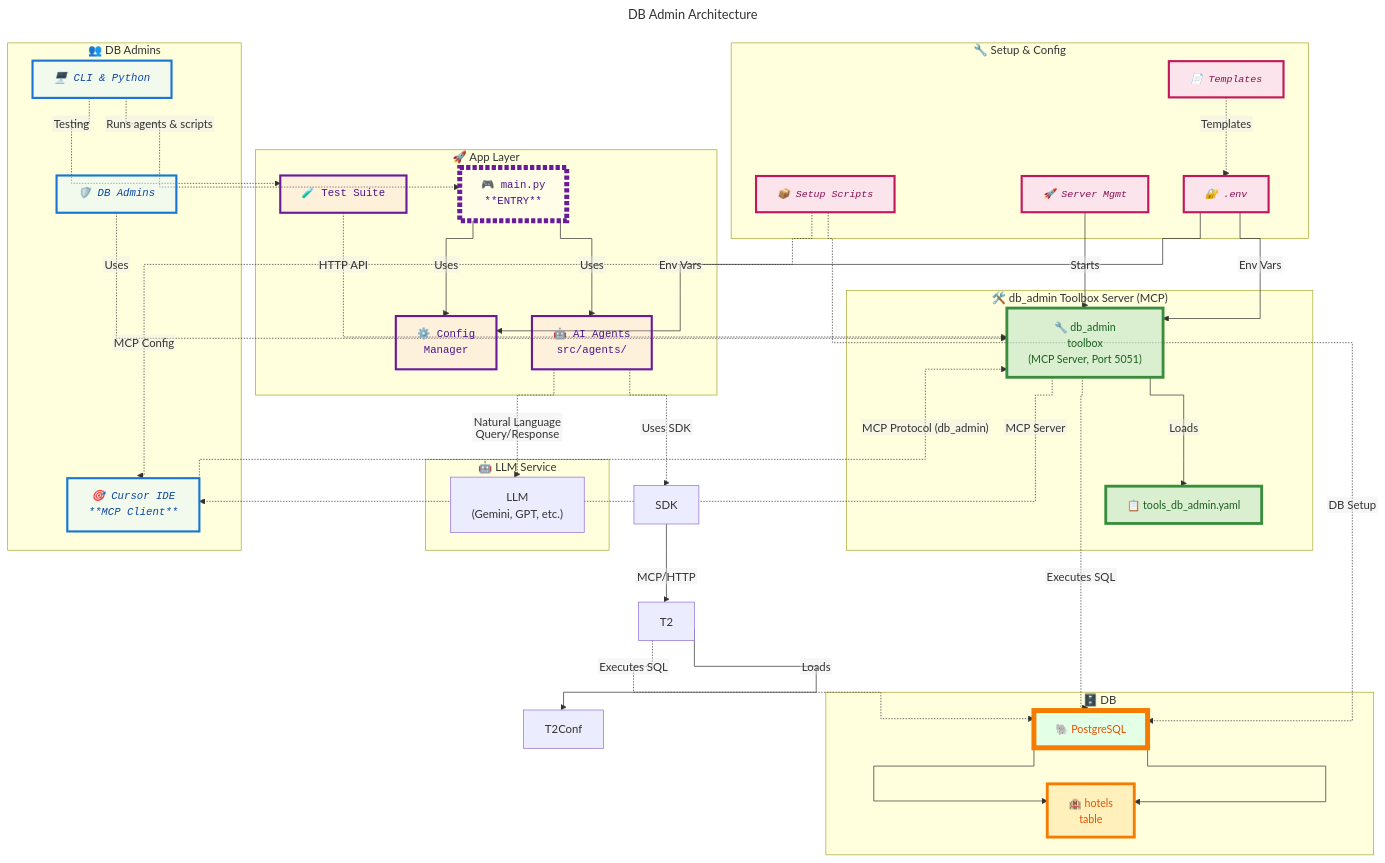
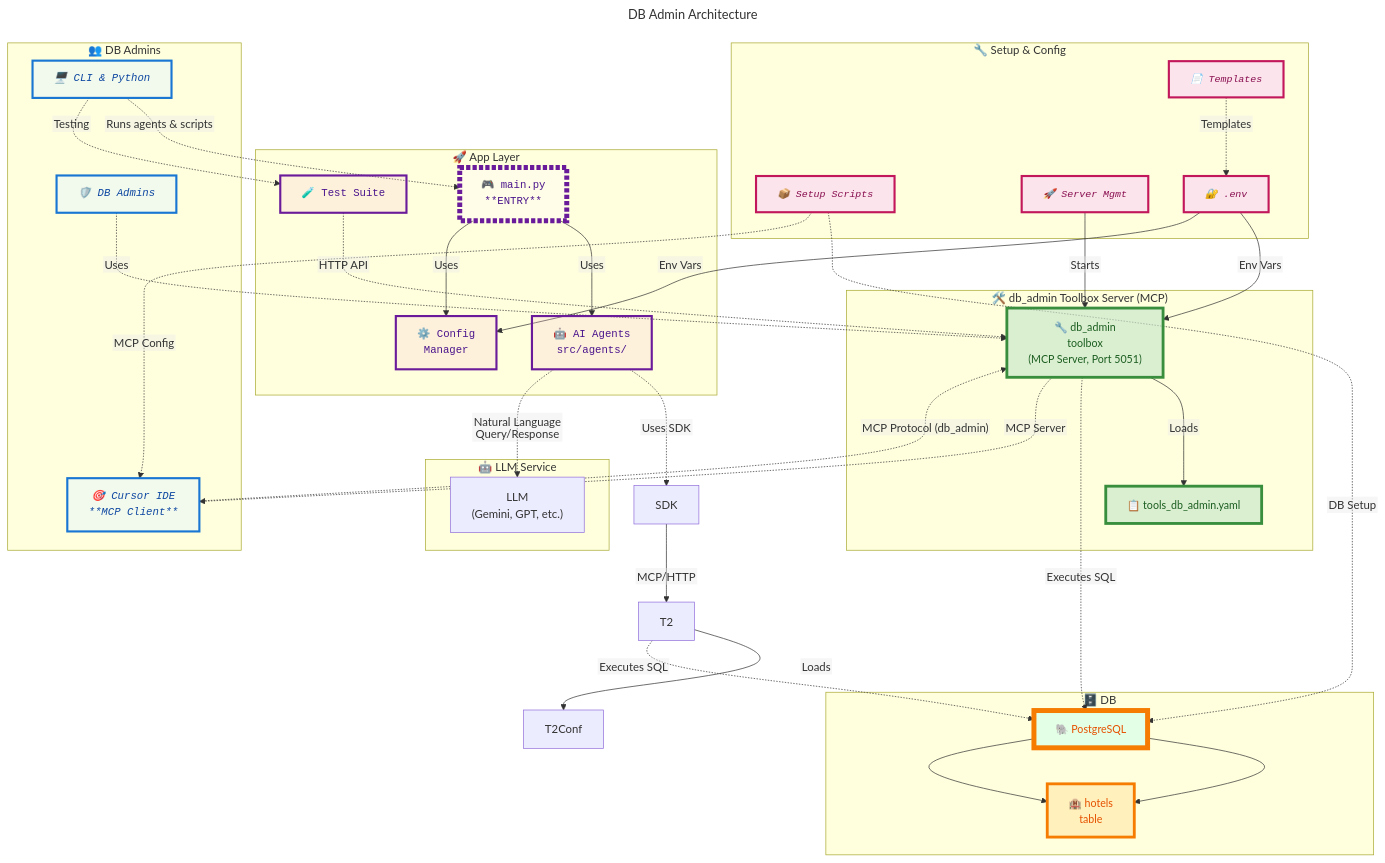
Before and after one commit to apexoryai/toolbox: the first of 3 diagrams in docs/architecture.md, drawn with Mermaid. The commit also changed other lines of this file and 6 other files, not shown here.

````diff
--- a/docs/architecture.md
+++ b/docs/architecture.md
@@ -7,75 +7,75 @@
 ```mermaid
 ---
 title: DB Admin Architecture
 config:
   layout: dagre
   flowchart:
     handDrawn: true
-    curve: stepBefore
+    curve: basis
     htmlLabels: false
 ---
 flowchart TD
   subgraph "👥 DB Admins"
     DBA["🛡️ DB Admins"]
     U2["🎯 Cursor IDE<br/>**MCP Client**"]
     U1["🖥️ CLI & Python"]
   end
   subgraph "🚀 App Layer"
     A1["🎮 main.py<br/>**ENTRY**"]
     A2["🤖 AI Agents<br/>src/agents/"]
     A3["⚙️ Config<br/>Manager"]
     A4["🧪 Test Suite"]
   end
   subgraph "🤖 LLM Service"
     LLM["LLM<br/>(Gemini, GPT, etc.)"]
   end
   subgraph "🛠️ db_admin Toolbox Server (MCP)"
     T1["🔧 db_admin<br/>toolbox<br/>(MCP Server, Port 5051)"]
     T1Conf["📋 tools_db_admin.yaml"]
   end
   subgraph "🗄️ DB"
     DB["🐘 PostgreSQL"]
     TableHotels["🏨 hotels<br/>table"]
   end
   subgraph "🔧 Setup & Config"
     S1["📦 Setup Scripts"]
     S2["🚀 Server Mgmt"]
     S3["🔐 .env"]
     S4["📄 Templates"]
   end
   DBA -.->|"Uses"| T1
   U2 -.->|"MCP Protocol (db_admin)"| T1
   U1 -.->|"Runs agents & scripts"| A1
   U1 -.->|"Testing"| A4
   A1 -->|"Uses"| A2
   A1 -->|"Uses"| A3
   A2 -.->|"Uses SDK"| SDK
   A4 -.->|"HTTP API"| T1
   T1 -->|"Loads"| T1Conf
   T1 -.->|"Executes SQL"| DB
   DB --> TableHotels
   S1 -.->|"DB Setup"| DB
   S1 -.->|"MCP Config"| U2
   S2 -->|"Starts"| T1
   S3 -->|"Env Vars"| T1
   S3 -->|"Env Vars"| A3
   S4 -.->|"Templates"| S3
   T1 -.->|"MCP Server"| U2
   SDK -->|"MCP/HTTP"| T2
   T2 -->|"Loads"| T2Conf
   T2 -.->|"Executes SQL"| DB
   DB --> TableHotels
   A2 -.->|"Natural Language Query/Response"| LLM
   classDef userStyle fill:#e3f2fd77,stroke:#1976d2,stroke-width:3px,color:#0d47a1,font-size:15px,font-family:Courier New, font-style:italic
   classDef appStyle fill:#f8bbd033,stroke:#6a1b9a,stroke-width:3px,color:#4a148c,font-size:15px,font-family:Courier New
   classDef serverStyle fill:#c8e6c9aa,stroke:#388e3c,stroke-width:4px,color:#1b5e20,font-size:15px
   classDef dbStyle fill:#ffecb3c4,stroke:#f57c00,stroke-width:4px,color:#e65100,font-size:15px
   classDef setupStyle fill:#fce4ec,stroke:#c2185b,stroke-width:3px,color:#880e4f,font-size:14px,font-family:Courier New, font-style:italic
   class DBA,U2,U1 userStyle
   class A1,A2,A3,A4 appStyle
   class T1,T1Conf serverStyle
   class DB,TableHotels dbStyle
   class S1,S2,S3,S4 setupStyle
   style A1 stroke-width:7px,stroke-dasharray:6 3,fill:#fffde7
   style DB stroke-width:7px,fill:#e3ffe6
 ```
````
